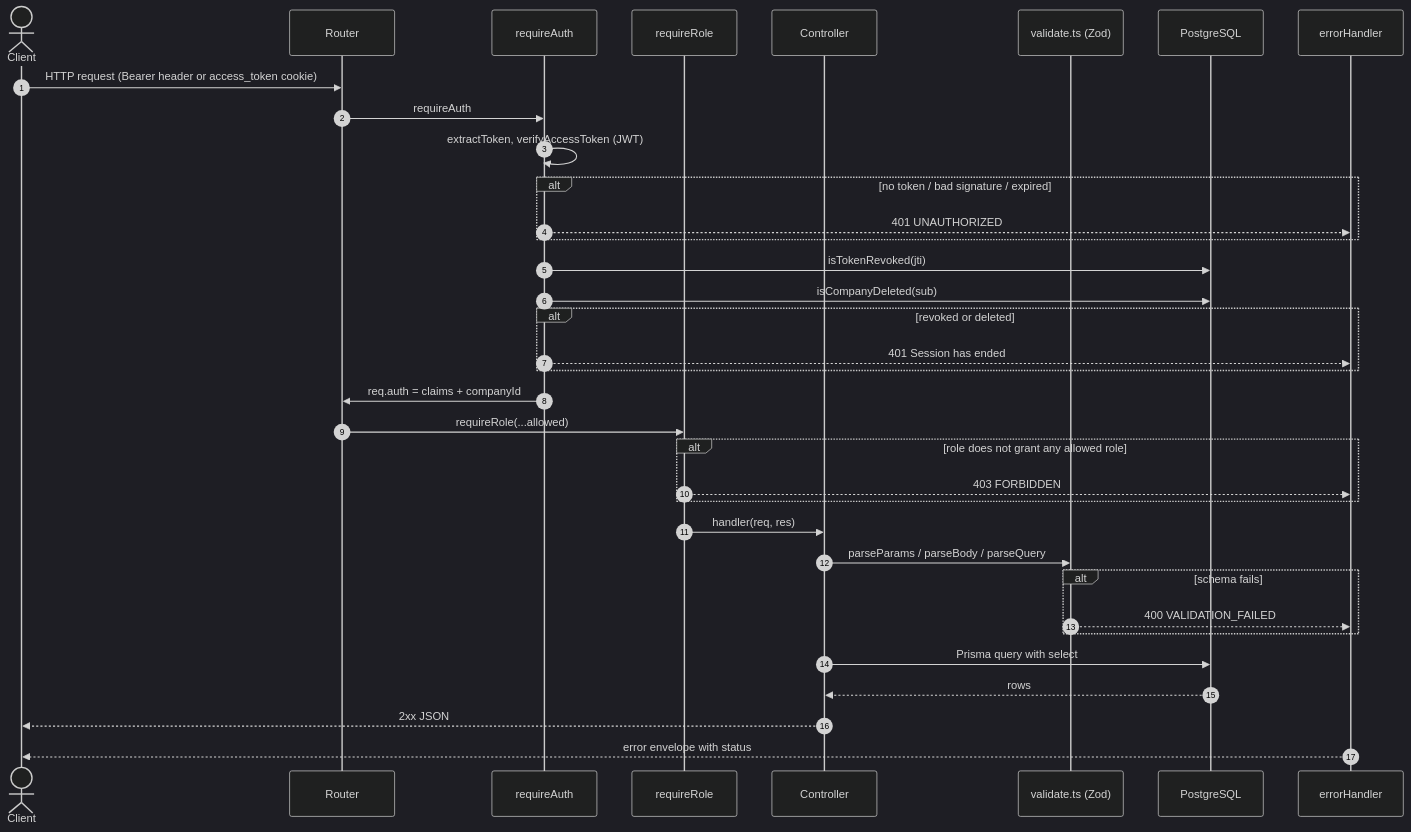
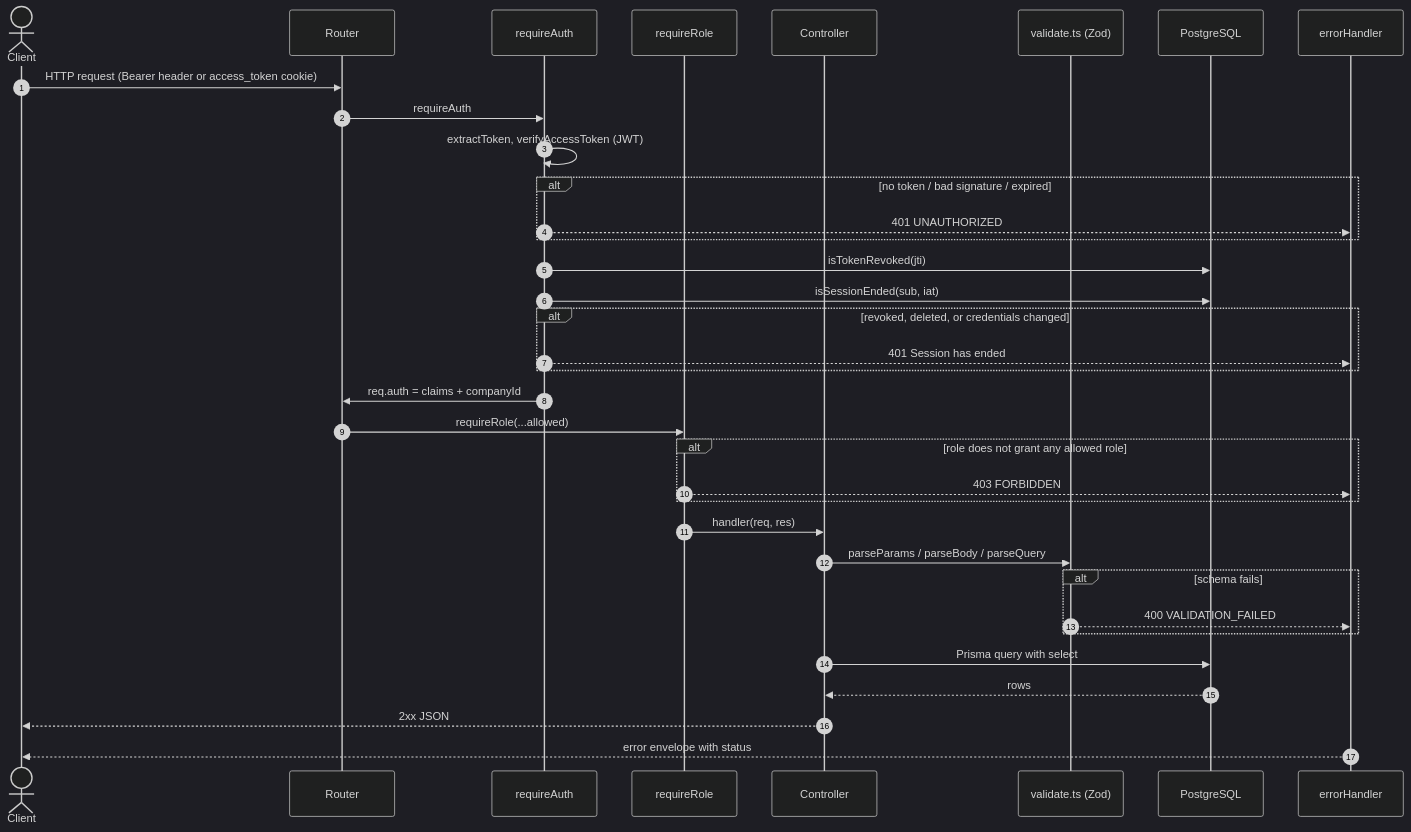
One commit to taofuuu/MangoDB changed the third of 4 diagrams in docs/api/README.md. Above: the diagram before and after it, drawn with Mermaid (dark theme). The commit also changed 1 other file, not shown here.

Commit message:
docs(api): isCompanyDeleted is now isSessionEnded
It also ends sessions issued before a credential change.

````diff
--- a/docs/api/README.md
+++ b/docs/api/README.md
@@ -171,38 +171,38 @@
 ```mermaid
 sequenceDiagram
     autonumber
     actor C as Client
     participant R as Router
     participant A as requireAuth
     participant Role as requireRole
     participant Ctl as Controller
     participant V as validate.ts (Zod)
     participant DB as PostgreSQL
     participant EH as errorHandler
 
     C->>R: HTTP request (Bearer header or access_token cookie)
     R->>A: requireAuth
     A->>A: extractToken, verifyAccessToken (JWT)
     alt no token / bad signature / expired
         A-->>EH: 401 UNAUTHORIZED
     end
     A->>DB: isTokenRevoked(jti)
-    A->>DB: isCompanyDeleted(sub)
-    alt revoked or deleted
+    A->>DB: isSessionEnded(sub, iat)
+    alt revoked, deleted, or credentials changed
         A-->>EH: 401 Session has ended
     end
     A->>R: req.auth = claims + companyId
     R->>Role: requireRole(...allowed)
     alt role does not grant any allowed role
         Role-->>EH: 403 FORBIDDEN
     end
     Role->>Ctl: handler(req, res)
     Ctl->>V: parseParams / parseBody / parseQuery
     alt schema fails
         V-->>EH: 400 VALIDATION_FAILED
     end
     Ctl->>DB: Prisma query with select
     DB-->>Ctl: rows
     Ctl-->>C: 2xx JSON
     EH-->>C: error envelope with status
 ```
````
